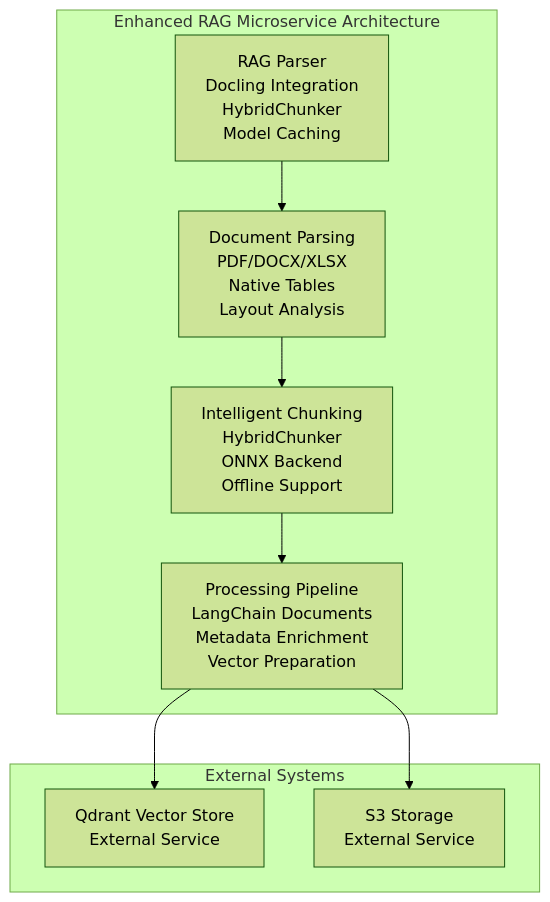
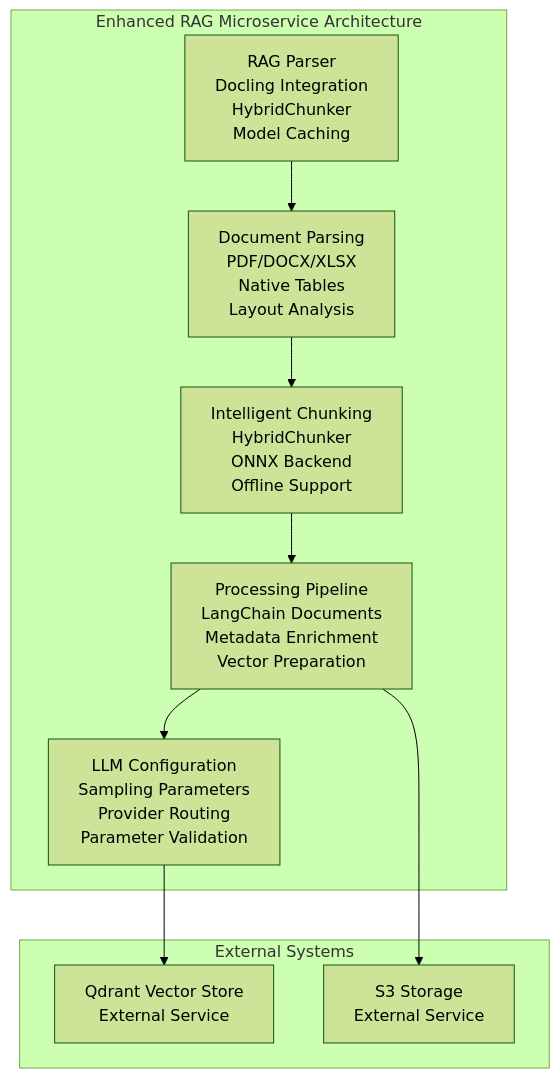
The first of 9 diagrams in .qoder/repowiki/en/content/RAG Integration/RAG Parser Enhancement.md (ognelis/cafetera_hr_bot), drawn with Mermaid (forest theme) before and after one commit. The commit also changed other lines of this file and 9 other files, not shown here.

````diff
--- a/.qoder/repowiki/en/content/RAG Integration/RAG Parser Enhancement.md
+++ b/.qoder/repowiki/en/content/RAG Integration/RAG Parser Enhancement.md
@@ -50,18 +49,20 @@
 ```mermaid
 graph TB
 subgraph "Enhanced RAG Microservice Architecture"
 RAG_PARSER["RAG Parser<br/>Docling Integration<br/>HybridChunker<br/>Model Caching"]
 DOC_PARSING["Document Parsing<br/>PDF/DOCX/XLSX<br/>Native Tables<br/>Layout Analysis"]
 CHUNKING["Intelligent Chunking<br/>HybridChunker<br/>ONNX Backend<br/>Offline Support"]
 PROCESSING["Processing Pipeline<br/>LangChain Documents<br/>Metadata Enrichment<br/>Vector Preparation"]
+LLM_CONFIG["LLM Configuration<br/>Sampling Parameters<br/>Provider Routing<br/>Parameter Validation"]
 end
 subgraph "External Systems"
 QDRANT["Qdrant Vector Store<br/>External Service"]
 S3["S3 Storage<br/>External Service"]
 end
 RAG_PARSER --> DOC_PARSING
 DOC_PARSING --> CHUNKING
 CHUNKING --> PROCESSING
-PROCESSING --> QDRANT
+PROCESSING --> LLM_CONFIG
+LLM_CONFIG --> QDRANT
 PROCESSING --> S3
 ```
````
